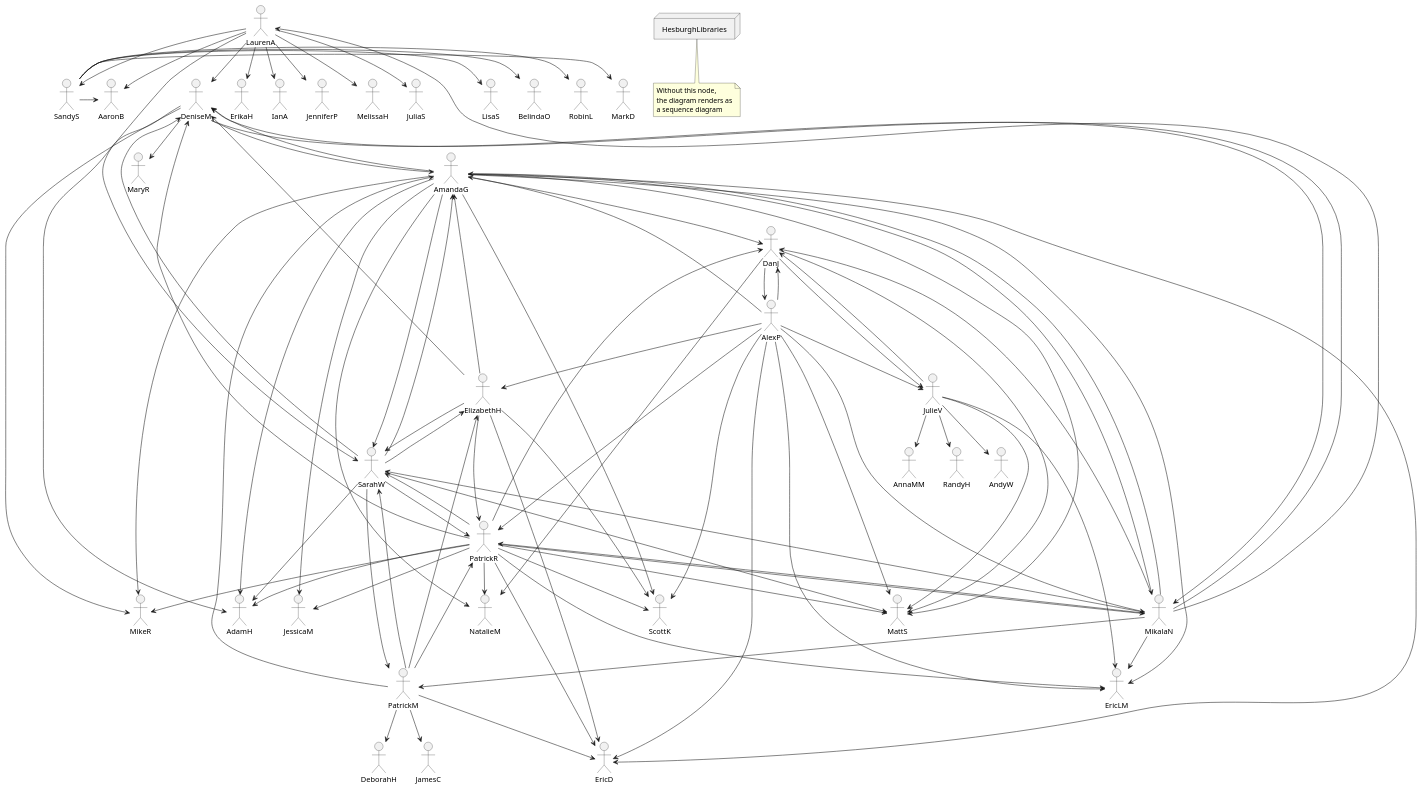
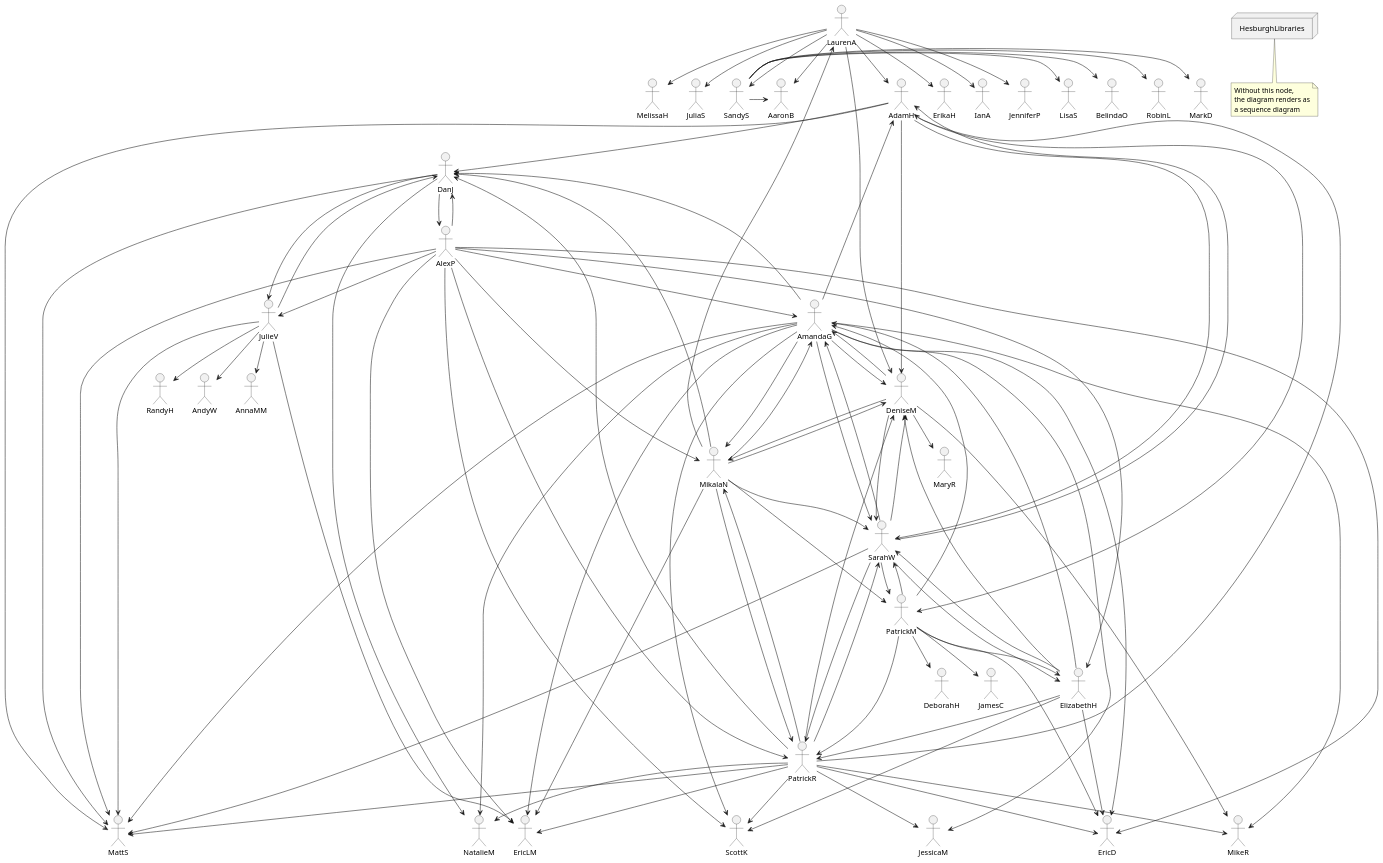
Before and after one commit to ndlib/dam-ecosystem-mapping: the diagram in plantuml/people.puml, drawn with PlantUML. The commit also changed 3 other files, not shown here.

```diff
--- a/plantuml/people.puml
+++ b/plantuml/people.puml
@@ -3,130 +3,135 @@
 @startuml
 node HesburghLibraries
 note bottom of HesburghLibraries
   Without this node,
   the diagram renders as
   a sequence diagram
 end note
 
 actor AaronB
 actor AdamH
 actor AlexP
 actor AmandaG
 actor AnnaMM
 actor BelindaO
 actor DanJ
 actor DeborahH
 actor DeniseM
 actor ElizabethH
 actor EricD
 actor EricLM
 actor ErikaH
 actor IanA
 actor JamesC
 actor JenniferP
 actor JulieV
 actor LaurenA
 actor LisaS
 actor MarkD
 actor MelissaH
 actor MikalaN
 actor PatrickM
 actor PatrickR
 actor RandyH
 actor RobinL
 actor SandyS
 actor SarahW
 
+AdamH --> DanJ
+AdamH --> DeniseM
+AdamH --> MattS
+AdamH --> PatrickM
+AdamH --> SarahW
 AlexP --> AmandaG
 AlexP --> DanJ
 AlexP --> ElizabethH
 AlexP --> EricD
 AlexP --> EricLM
 AlexP --> JulieV
 AlexP --> MattS
 AlexP --> MikalaN
 AlexP --> PatrickR
 AlexP --> ScottK
 AmandaG --> AdamH
 AmandaG --> DanJ
 AmandaG --> DeniseM
 AmandaG --> EricD
 AmandaG --> EricLM
 AmandaG --> JessicaM
 AmandaG --> MattS
 AmandaG --> MikalaN
 AmandaG --> MikeR
 AmandaG --> NatalieM
 AmandaG --> SarahW
 AmandaG --> ScottK
 DanJ --> AlexP
 DanJ --> JulieV
 DanJ --> MattS
 DanJ --> NatalieM
 DeniseM --> AmandaG
 DeniseM --> MaryR
 DeniseM --> MikalaN
 DeniseM --> MikeR
 DeniseM --> SarahW
 ElizabethH --> AmandaG
 ElizabethH --> DeniseM
 ElizabethH --> EricD
 ElizabethH --> PatrickR
 ElizabethH --> SarahW
 ElizabethH --> ScottK
 JulieV --> AndyW
 JulieV --> AnnaMM
 JulieV --> DanJ
 JulieV --> EricLM
 JulieV --> MattS
 JulieV --> RandyH
 LaurenA --> AaronB
 LaurenA --> AdamH
 LaurenA --> DeniseM
 LaurenA --> ErikaH
 LaurenA --> IanA
 LaurenA --> JenniferP
 LaurenA --> JuliaS
 LaurenA --> MelissaH
 LaurenA --> SandyS
 MikalaN --> AmandaG
 MikalaN --> DanJ
 MikalaN --> DeniseM
 MikalaN --> EricLM
 MikalaN --> LaurenA
 MikalaN --> PatrickM
 MikalaN --> PatrickR
 MikalaN --> SarahW
 PatrickM --> AmandaG
 PatrickM --> DeborahH
 PatrickM --> ElizabethH
 PatrickM --> EricD
 PatrickM --> JamesC
 PatrickM --> PatrickR
 PatrickM --> SarahW
 PatrickR --> AdamH
 PatrickR --> DanJ
 PatrickR --> DeniseM
 PatrickR --> EricD
 PatrickR --> EricLM
 PatrickR --> JessicaM
 PatrickR --> MattS
 PatrickR --> MikalaN
 PatrickR --> MikeR
 PatrickR --> NatalieM
 PatrickR --> SarahW
 PatrickR --> ScottK
 SandyS -> AaronB
 SandyS -> BelindaO
 SandyS -> LisaS
 SandyS -> MarkD
 SandyS -> RobinL
 SarahW --> AdamH
 SarahW --> AmandaG
 SarahW --> DeniseM
 SarahW --> ElizabethH
 SarahW --> MattS
 SarahW --> PatrickM
 SarahW --> PatrickR
 
 @enduml
```
